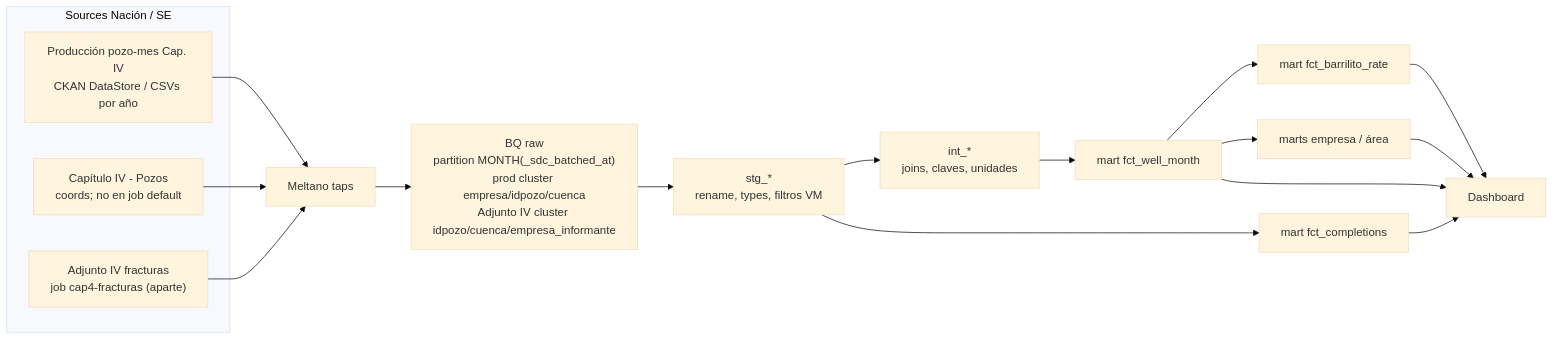
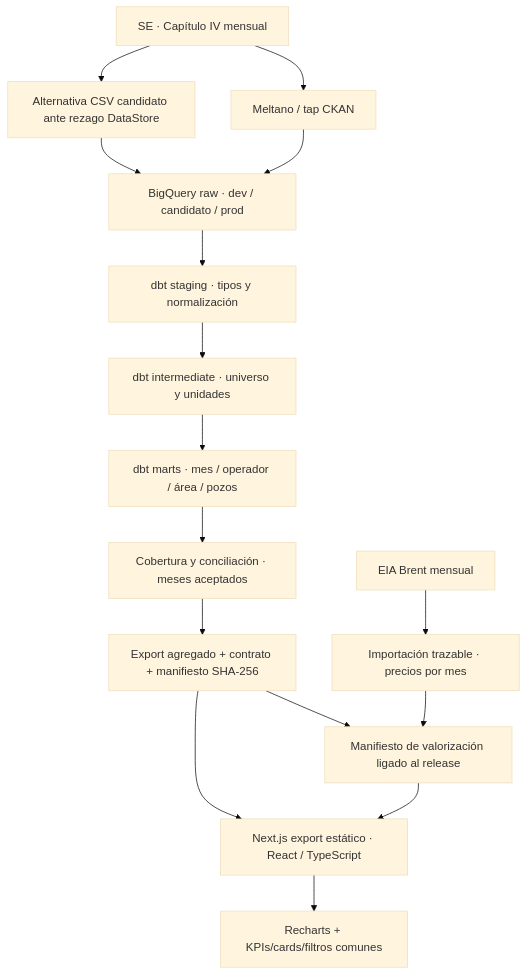
The diagram in docs/architecture.md (nrohland/vaca-muerta-en-datos), drawn with Mermaid (base theme) before and after one commit. The commit also changed other lines of this file and 21 other files, not shown here.

Commit message:
docs: present Vaca Muerta en Datos architecture and operating limits

````diff
--- a/docs/architecture.md
+++ b/docs/architecture.md
@@ -64,22 +7,18 @@
 ```mermaid
-flowchart LR
-  subgraph Sources["Sources Nación / SE"]
-    P["Producción pozo-mes Cap. IV<br/>CKAN DataStore / CSVs por año"]
-    W["Capítulo IV - Pozos<br/>coords; no en job default"]
-    F["Adjunto IV fracturas<br/>job cap4-fracturas (aparte)"]
-  end
-  P --> TAPS
-  W --> TAPS
-  F --> TAPS
-  TAPS["Meltano taps"] --> RAW["BQ raw<br/>partition MONTH(_sdc_batched_at)<br/>prod cluster empresa/idpozo/cuenca<br/>Adjunto IV cluster idpozo/cuenca/empresa_informante"]
-  RAW --> STG["stg_*<br/>rename, types, filtros VM"]
-  STG --> INT["int_*<br/>joins, claves, unidades"]
-  INT --> M1["mart fct_well_month"]
-  M1 --> M4["mart fct_barrilito_rate"]
-  M1 --> M2["marts empresa / área"]
-  STG --> M3["mart fct_completions"]
-  M1 --> WEB["Dashboard"]
-  M2 --> WEB
-  M3 --> WEB
-  M4 --> WEB
+flowchart TB
+  CAP["SE · Capítulo IV mensual"] --> MEL["Meltano / tap CKAN"]
+  CAP --> CSV["Alternativa CSV candidato ante rezago DataStore"]
+  MEL --> RAW["BigQuery raw · dev / candidato / prod"]
+  CSV --> RAW
+  RAW --> STG["dbt staging · tipos y normalización"]
+  STG --> INT["dbt intermediate · universo y unidades"]
+  INT --> MART["dbt marts · mes / operador / área / pozos"]
+  MART --> GATE["Cobertura y conciliación · meses aceptados"]
+  GATE --> RELEASE["Export agregado + contrato + manifiesto SHA-256"]
+  EIA["EIA Brent mensual"] --> IMPORT["Importación trazable · precios por mes"]
+  IMPORT --> BIND["Manifiesto de valorización ligado al release"]
+  RELEASE --> BIND
+  RELEASE --> APP["Next.js export estático · React / TypeScript"]
+  BIND --> APP
+  APP --> UI["Recharts + KPIs/cards/filtros comunes"]
 ```
````
